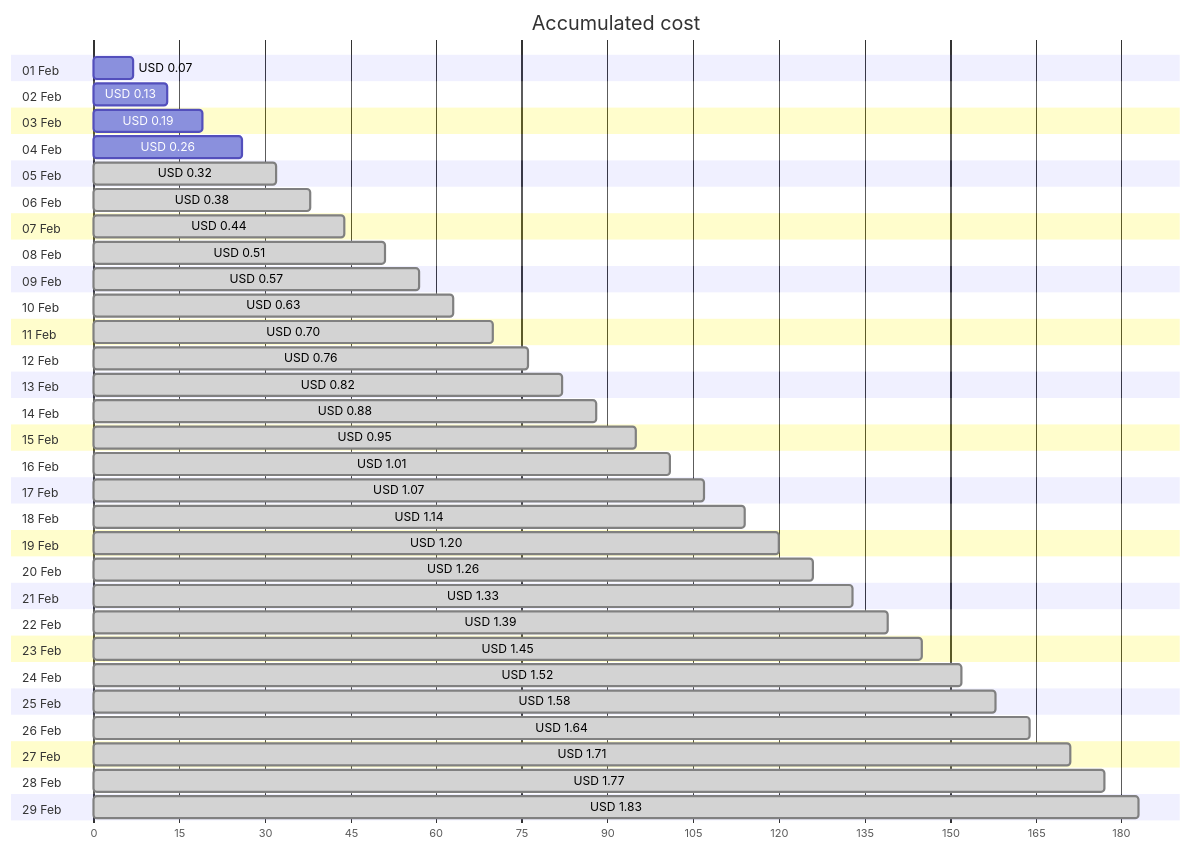
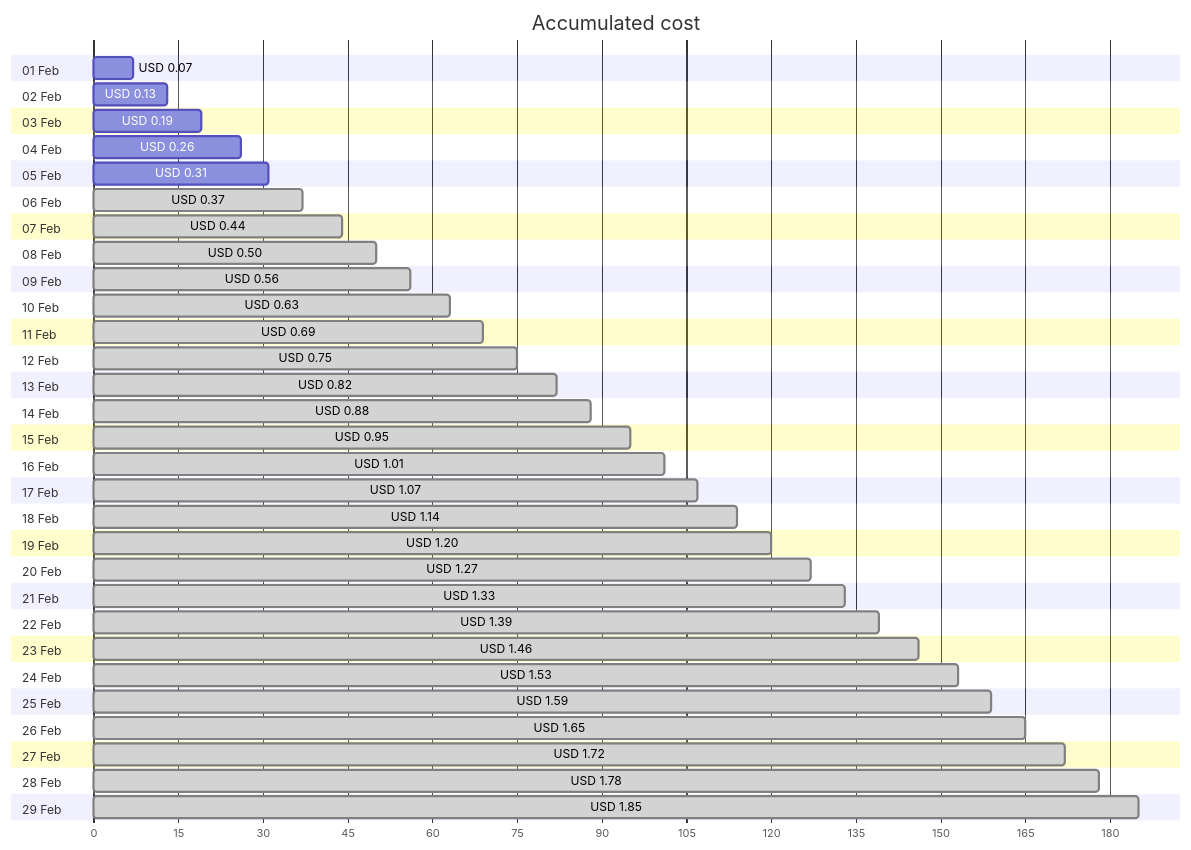
Before and after one commit to jpfulton/azure-personal-reports: the first of 4 diagrams in cost-reports/personal-network/backup-server_OsDisk.md, drawn with Mermaid. The commit also changed other lines of this file and 8 other files, not shown here.

````diff
--- a/cost-reports/personal-network/backup-server_OsDisk.md
+++ b/cost-reports/personal-network/backup-server_OsDisk.md
@@ -20,64 +20,64 @@
 ```mermaid
 gantt
    title Accumulated cost
    dateFormat  X
    axisFormat %s
    section 01 Feb
    USD 0.07 :0, 7
    section 02 Feb
    USD 0.13 :0, 13
    section 03 Feb
    USD 0.19 :0, 19
    section 04 Feb
    USD 0.26 :0, 26
    section 05 Feb
-   USD 0.32 : done, 0, 32
+   USD 0.31 :0, 31
    section 06 Feb
-   USD 0.38 : done, 0, 38
+   USD 0.37 : done, 0, 37
    section 07 Feb
    USD 0.44 : done, 0, 44
    section 08 Feb
-   USD 0.51 : done, 0, 51
+   USD 0.50 : done, 0, 50
    section 09 Feb
-   USD 0.57 : done, 0, 57
+   USD 0.56 : done, 0, 56
    section 10 Feb
    USD 0.63 : done, 0, 63
    section 11 Feb
-   USD 0.70 : done, 0, 70
+   USD 0.69 : done, 0, 69
    section 12 Feb
-   USD 0.76 : done, 0, 76
+   USD 0.75 : done, 0, 75
    section 13 Feb
    USD 0.82 : done, 0, 82
    section 14 Feb
    USD 0.88 : done, 0, 88
    section 15 Feb
    USD 0.95 : done, 0, 95
    section 16 Feb
    USD 1.01 : done, 0, 101
    section 17 Feb
    USD 1.07 : done, 0, 107
    section 18 Feb
    USD 1.14 : done, 0, 114
    section 19 Feb
    USD 1.20 : done, 0, 120
    section 20 Feb
-   USD 1.26 : done, 0, 126
+   USD 1.27 : done, 0, 127
    section 21 Feb
    USD 1.33 : done, 0, 133
    section 22 Feb
    USD 1.39 : done, 0, 139
    section 23 Feb
-   USD 1.45 : done, 0, 145
+   USD 1.46 : done, 0, 146
    section 24 Feb
-   USD 1.52 : done, 0, 152
+   USD 1.53 : done, 0, 153
    section 25 Feb
-   USD 1.58 : done, 0, 158
+   USD 1.59 : done, 0, 159
    section 26 Feb
-   USD 1.64 : done, 0, 164
+   USD 1.65 : done, 0, 165
    section 27 Feb
-   USD 1.71 : done, 0, 171
+   USD 1.72 : done, 0, 172
    section 28 Feb
-   USD 1.77 : done, 0, 177
+   USD 1.78 : done, 0, 178
    section 29 Feb
-   USD 1.83 : done, 0, 183
+   USD 1.85 : done, 0, 185
 ```
````
